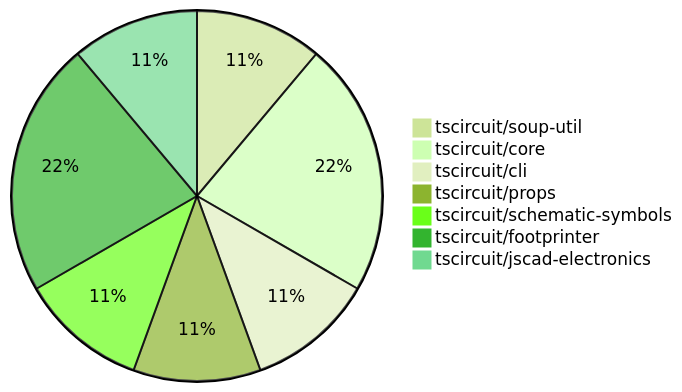
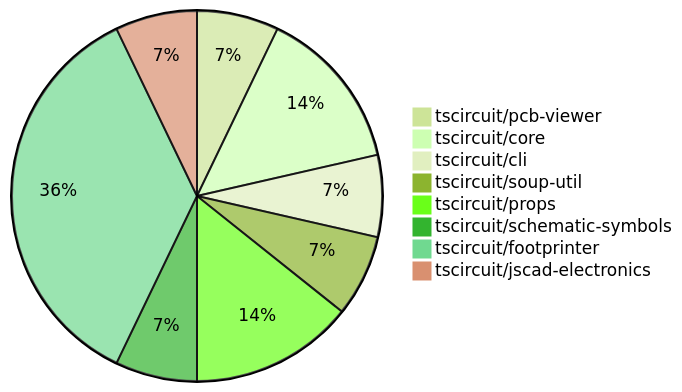
The diagram in contribution-overviews/2024-08-24.md (tscircuit/contribution-tracker), drawn with Mermaid (forest theme) before and after one commit. The commit also changed other lines of this file and 1 other file, not shown here.

````diff
--- a/contribution-overviews/2024-08-24.md
+++ b/contribution-overviews/2024-08-24.md
@@ -5,10 +5,11 @@
 ```mermaid
 pie
-    "tscircuit/soup-util" : 1
+    "tscircuit/pcb-viewer" : 1
     "tscircuit/core" : 2
     "tscircuit/cli" : 1
-    "tscircuit/props" : 1
+    "tscircuit/soup-util" : 1
+    "tscircuit/props" : 2
     "tscircuit/schematic-symbols" : 1
-    "tscircuit/footprinter" : 2
+    "tscircuit/footprinter" : 5
     "tscircuit/jscad-electronics" : 1
 ```
````
